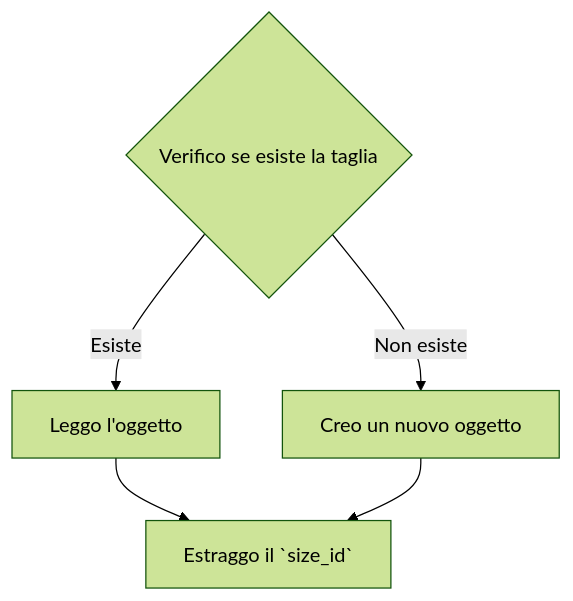
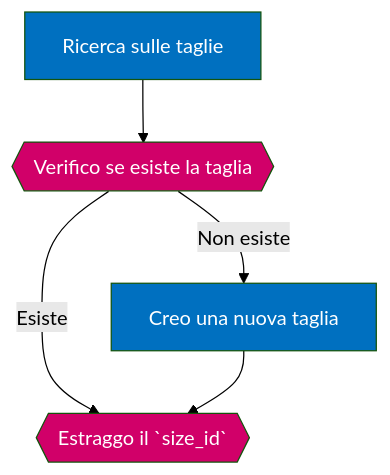
Before and after one commit to phoenixweb/Crystal: the sixth of 6 diagrams in how_to/import_products.md, drawn with Mermaid (forest theme). The commit also changed other lines of this file, not shown here.

Commit message:
update: riscritti i flowchart

````diff
--- a/how_to/import_products.md
+++ b/how_to/import_products.md
@@ -361,7 +395,13 @@
 ```mermaid
 graph TD;
-A{Verifico se esiste la taglia}-->|Esiste| B[Leggo l'oggetto];
-A-->|Non esiste| C[Creo un nuovo oggetto];
-B-->D[Estraggo il `size_id`];
-C-->D;
+ A[Ricerca sulle taglie]:::action;
+ B{{Verifico se esiste la taglia}}:::logic;
+ C[Creo una nuova taglia]:::action;
+ D{{Estraggo il `size_id`}}:::logic;
+ A-->B;
+ B-->|Esiste|D;
+ B-->|Non esiste|C;
+ C-->D;
+ classDef action fill:#0070C0,color:#FFF;
+ classDef logic fill:#D10069,color:#FFF;
 ```
````
